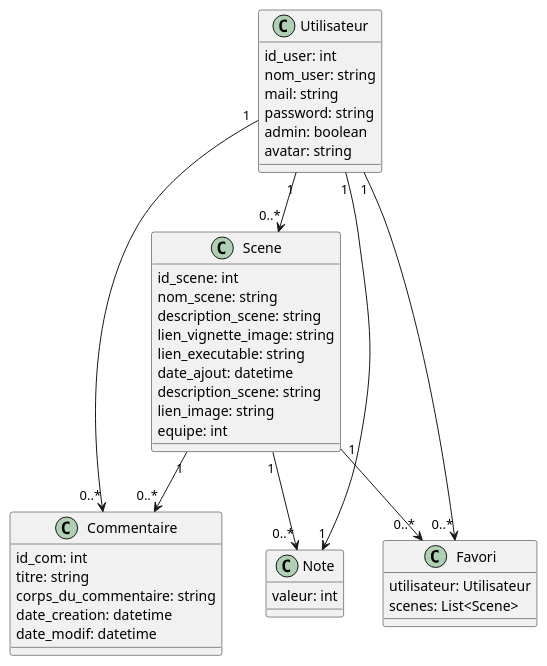
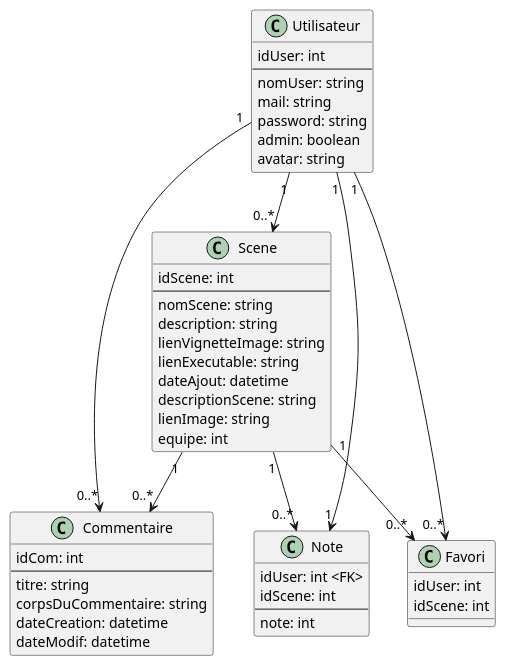
Before and after one commit to RayzerDev/RayTracer-WebSite: the diagram in diag_mld.plantuml, drawn with PlantUML. The commit also changed 1 other file, not shown here.

Commit message:
Finition des diagrammes

```diff
--- a/diag_mld.plantuml
+++ b/diag_mld.plantuml
@@ -1,51 +1,57 @@
 @startuml
 
 
 class Scene {
-  id_scene: int
-  nom_scene: string
-  description_scene: string
-  lien_vignette_image: string
-  lien_executable: string
-  date_ajout: datetime
-  description_scene: string
-  lien_image: string
+  idScene: int
+  --
+  nomScene: string
+  description: string
+  lienVignetteImage: string
+  lienExecutable: string
+  dateAjout: datetime
+  descriptionScene: string
+  lienImage: string
   equipe: int
 }
 
 class Utilisateur {
-  id_user: int
-  nom_user: string
+  idUser: int
+  --
+  nomUser: string
   mail: string
   password: string
   admin: boolean
   avatar: string
 }
 
 class Commentaire {
-  id_com: int
+  idCom: int
+  --
   titre: string
-  corps_du_commentaire: string
-  date_creation: datetime
-  date_modif: datetime
+  corpsDuCommentaire: string
+  dateCreation: datetime
+  dateModif: datetime
 }
 
 class Note{
-   valeur: int
+  idUser: int <FK>
+  idScene: int
+  --
+  note: int
 }
 
 class Favori {
-  utilisateur: Utilisateur
-  scenes: List<Scene>
+  idUser: int
+  idScene: int
 }
 
 Utilisateur "1" --> "0..*" Scene
 Utilisateur "1" --> "0..*" Commentaire
 Utilisateur "1" --> "1" Note
 Utilisateur "1" --> "0..*" Favori
 
 Scene "1" --> "0..*" Commentaire
 Scene "1" --> "0..*" Favori
 Scene "1" --> "0..*" Note
 
 @enduml
```
